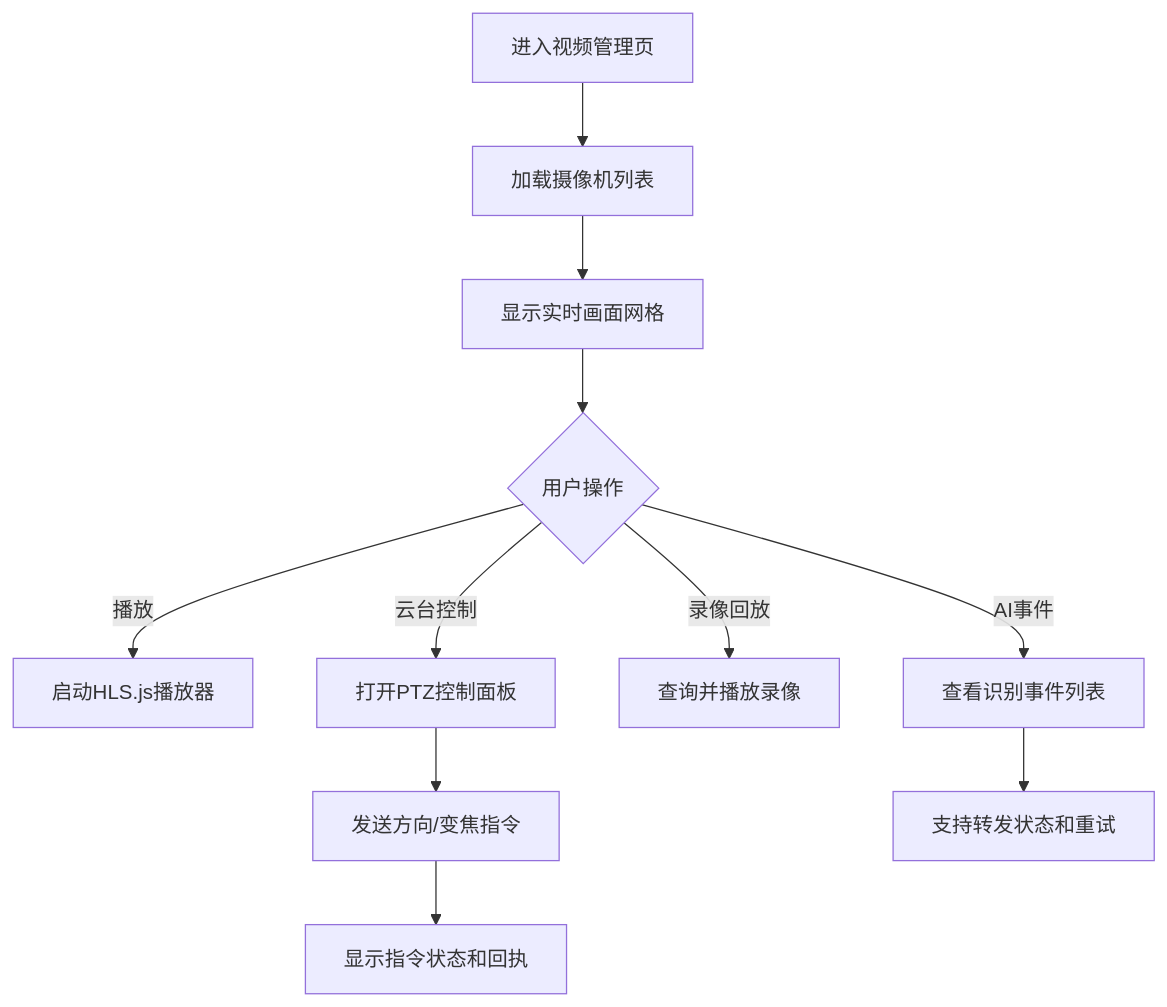
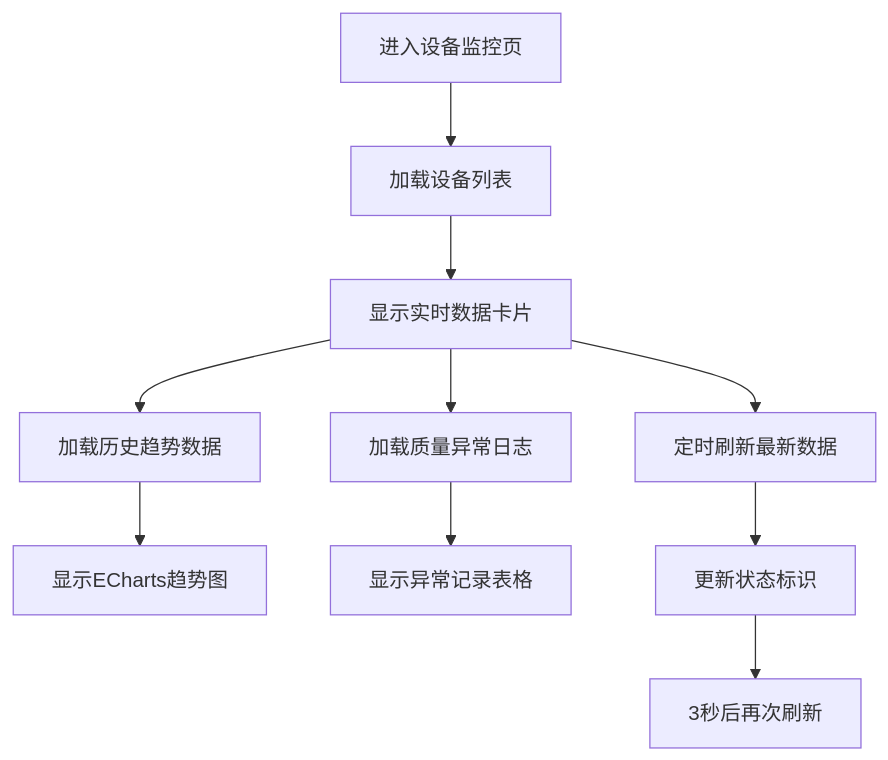
Before and after one commit to q446328246/agri-platform: the fifth of 8 diagrams in .qoder/repowiki/zh/content/前端应用文档/前端应用文档.md, drawn with Mermaid. The commit also changed other lines of this file and 15 other files, not shown here.

````diff
--- a/.qoder/repowiki/zh/content/前端应用文档/前端应用文档.md
+++ b/.qoder/repowiki/zh/content/前端应用文档/前端应用文档.md
@@ -311,13 +328,12 @@
 ```mermaid
 flowchart TD
-A["进入视频管理页"] --> B["加载摄像机列表"]
-B --> C["显示实时画面网格"]
-C --> D{"用户操作"}
-D --> |播放| E["启动HLS.js播放器"]
-D --> |云台控制| F["打开PTZ控制面板"]
-D --> |录像回放| G["查询并播放录像"]
-D --> |AI事件| H["查看识别事件列表"]
-F --> I["发送方向/变焦指令"]
-I --> J["显示指令状态和回执"]
-H --> K["支持转发状态和重试"]
+A["进入设备监控页"] --> B["加载设备列表"]
+B --> C["显示实时数据卡片"]
+C --> D["加载历史趋势数据"]
+D --> E["显示ECharts趋势图"]
+C --> F["加载质量异常日志"]
+F --> G["显示异常记录表格"]
+C --> H["定时刷新最新数据"]
+H --> I["更新状态标识"]
+I --> J["3秒后再次刷新"]
 ```
````
